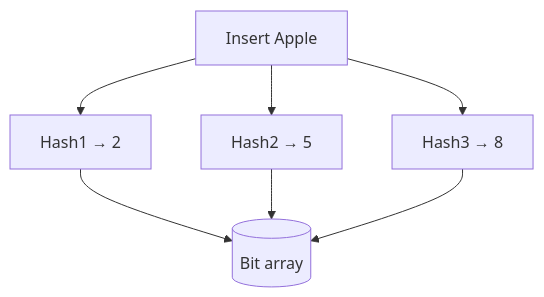
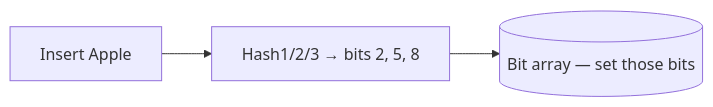
Before and after one commit to hareramcse/SystemDesign: the first of 19 diagrams in 13-advanced-topics/README.md, drawn with Mermaid. The commit also changed other lines of this file, not shown here.

````diff
--- a/13-advanced-topics/README.md
+++ b/13-advanced-topics/README.md
@@ -99,9 +99,5 @@
 ```mermaid
-flowchart TB
-    Apple[Insert Apple] --> H1[Hash1 → 2]
-    Apple --> H2[Hash2 → 5]
-    Apple --> H3[Hash3 → 8]
-    H1 --> BA[(Bit array)]
-    H2 --> BA
-    H3 --> BA
+flowchart LR
+    Apple[Insert Apple] --> H[Hash1/2/3 → bits 2, 5, 8]
+    H --> BA[(Bit array — set those bits)]
 ```
````
